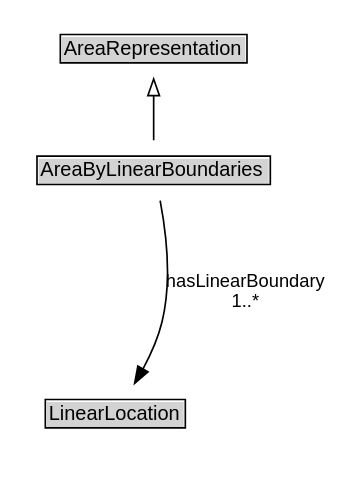
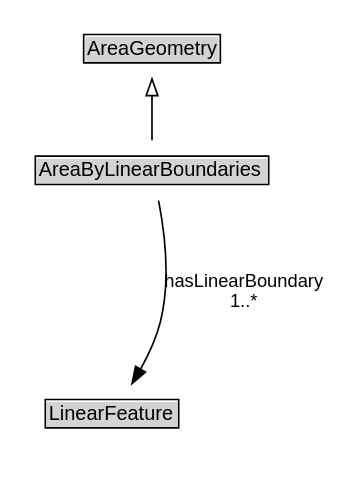
One commit to ISO-TC204/ontology-its-location-v1 changed the diagram in docs/diagrams/AreaByLinearBoundaries.dot. Above: the diagram before and after it, drawn with Graphviz. The commit also changed 400 other files, not shown here.

```diff
--- a/docs/diagrams/AreaByLinearBoundaries.dot
+++ b/docs/diagrams/AreaByLinearBoundaries.dot
@@ -1,25 +1,25 @@
 // Diagram for AreaByLinearBoundaries
 digraph {
 	graph [overlap=false rankdir=TB splines=true]
 	node [fontname=Arial fontsize=12 margin=0 shape=none]
 	edge [fontname=Arial fontsize=11]
 	{
 		rank=source
-		AreaRepresentation [label=<<TABLE BORDER="1" CELLBORDER="0" CELLSPACING="0" CELLPADDING="1"><TR><TD BGCOLOR="lightgray" ALIGN="CENTER">AreaRepresentation</TD></TR></TABLE>> URL="../AreaRepresentation" margin=0]
+		AreaGeometry [label=<<TABLE BORDER="1" CELLBORDER="0" CELLSPACING="0" CELLPADDING="1"><TR><TD BGCOLOR="lightgray" ALIGN="CENTER">AreaGeometry</TD></TR></TABLE>> URL="../AreaGeometry" margin=0]
 	}
 	AreaByLinearBoundaries [label=<<TABLE BORDER="1" CELLBORDER="0" CELLSPACING="0" CELLPADDING="1"><TR><TD BGCOLOR="lightgray" ALIGN="CENTER">AreaByLinearBoundaries</TD></TR></TABLE>> URL="../AreaByLinearBoundaries" margin=0]
 	{
 		rank=max
 	}
 	subgraph cluster_associated {
 		label="" style=invis
 		Invis [label=<<TABLE BORDER="0" CELLBORDER="0" CELLSPACING="0" CELLPADDING="1"><TR><TD></TD></TR></TABLE>> margin=0 style=invis]
-		LinearLocation [label=<<TABLE BORDER="1" CELLBORDER="0" CELLSPACING="0" CELLPADDING="1"><TR><TD BGCOLOR="lightgray" ALIGN="CENTER">LinearLocation</TD></TR></TABLE>> URL="../LinearLocation" margin=0]
+		LinearFeature [label=<<TABLE BORDER="1" CELLBORDER="0" CELLSPACING="0" CELLPADDING="1"><TR><TD BGCOLOR="lightgray" ALIGN="CENTER">LinearFeature</TD></TR></TABLE>> URL="../LinearFeature" margin=0]
 	}
-	AreaByLinearBoundaries -> AreaRepresentation [arrowhead=onormal style=solid]
+	AreaByLinearBoundaries -> AreaGeometry [arrowhead=onormal style=solid]
 	AreaByLinearBoundaries -> Invis [style=invis]
-	Invis -> LinearLocation [style=invis]
-	LinearLocation [label=<<TABLE BORDER="1" CELLBORDER="0" CELLSPACING="0" CELLPADDING="1"><TR><TD BGCOLOR="lightgray" ALIGN="CENTER">LinearLocation</TD></TR></TABLE>> URL="../LinearLocation" margin=0]
-	AreaByLinearBoundaries -> LinearLocation [label="hasLinearBoundary
+	Invis -> LinearFeature [style=invis]
+	LinearFeature [label=<<TABLE BORDER="1" CELLBORDER="0" CELLSPACING="0" CELLPADDING="1"><TR><TD BGCOLOR="lightgray" ALIGN="CENTER">LinearFeature</TD></TR></TABLE>> URL="../LinearFeature" margin=0]
+	AreaByLinearBoundaries -> LinearFeature [label="hasLinearBoundary
 1..*" arrowhead=normal style=solid]
 }
```
